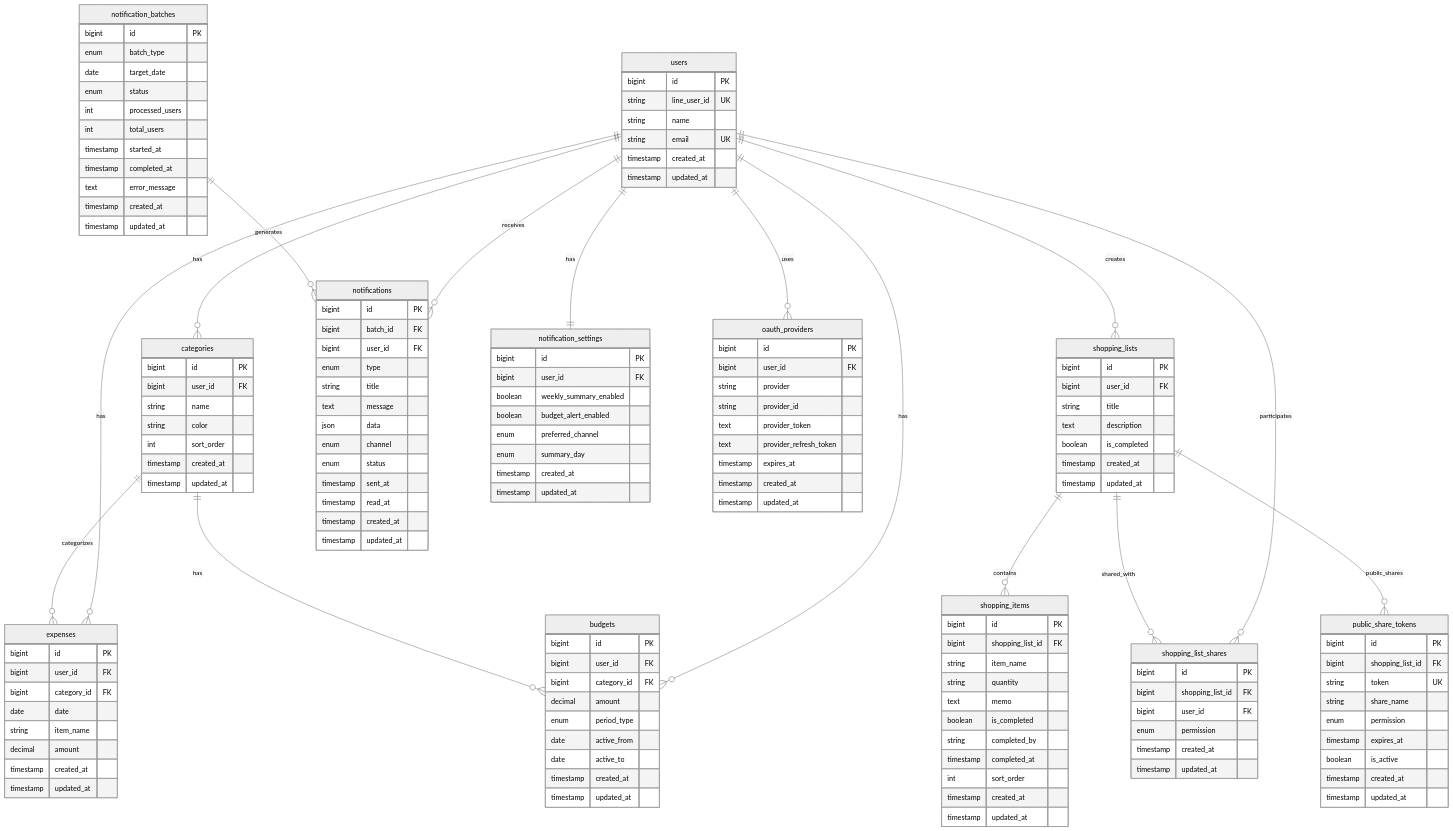
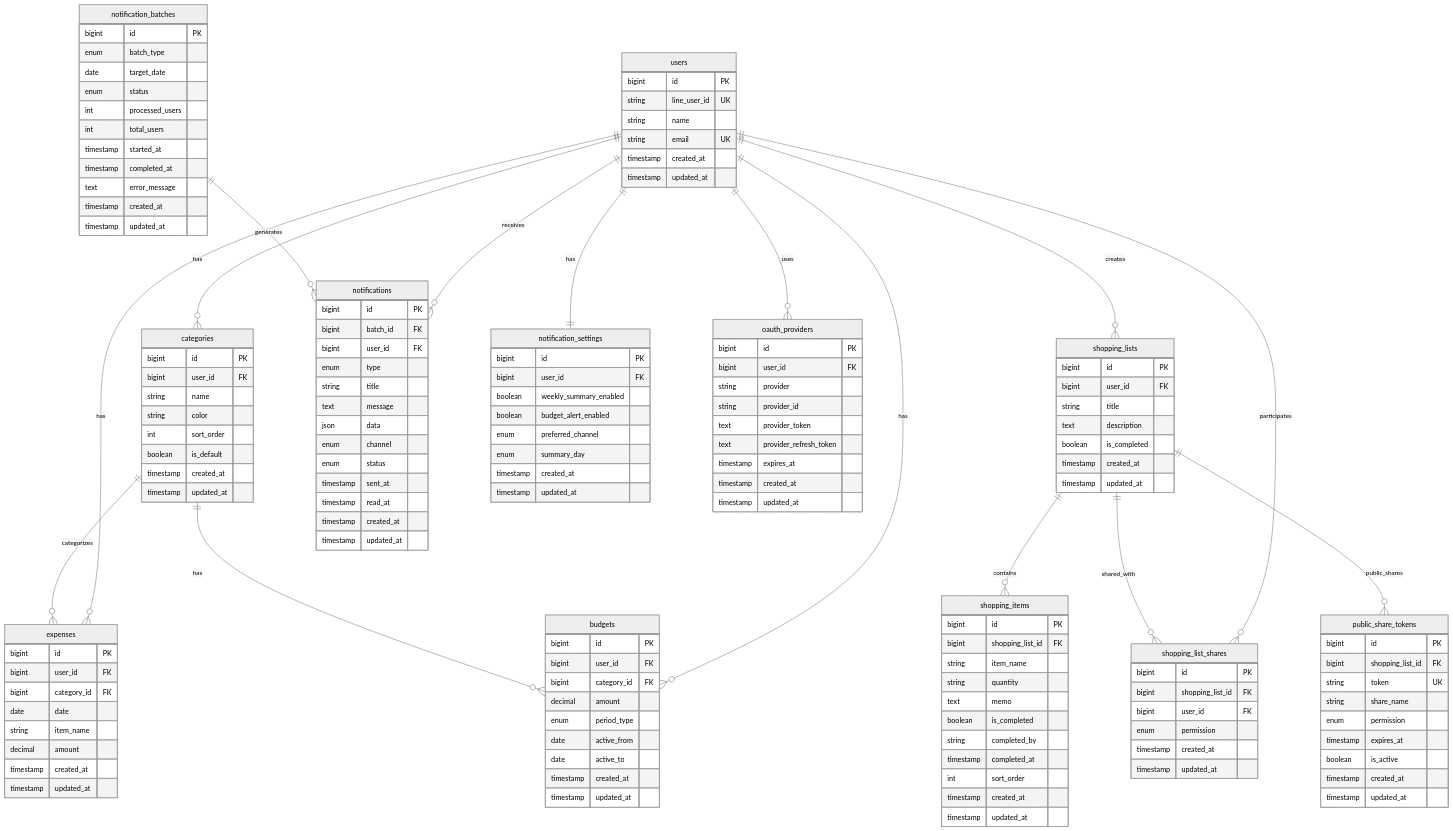
Before and after one commit to myantyuWorld/kaimemo2-laravel: the diagram in docs/design/DB論理設計.md, drawn with Mermaid (neutral theme). The commit also changed other lines of this file and 9 other files, not shown here.

```diff
--- a/docs/design/DB論理設計.md
+++ b/docs/design/DB論理設計.md
@@ -37,6 +38,7 @@
         string name
         string color
         int sort_order
+        boolean is_default
         timestamp created_at
         timestamp updated_at
     }
```
